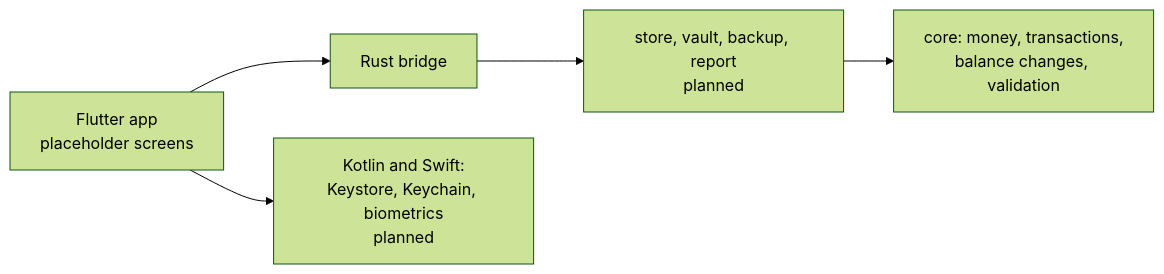
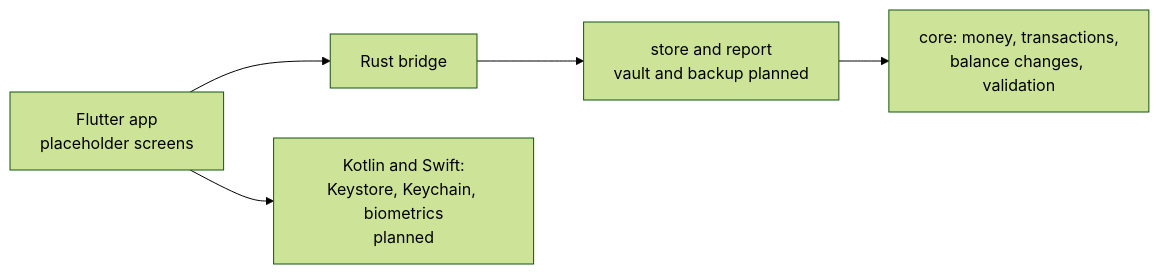
One commit to jabbott-iii/DenariiDolor changed the diagram in README.md. Above: the diagram before and after it, drawn with Mermaid (forest theme). The commit also changed other lines of this file and 38 other files, not shown here.

````diff
--- a/README.md
+++ b/README.md
@@ -179,5 +179,5 @@
 ```mermaid
 flowchart LR
-    UI[Flutter app<br/>placeholder screens] --> BR[Rust bridge] --> ST[store, vault, backup, report<br/>planned] --> CO[core: money, transactions,<br/>balance changes, validation]
+    UI[Flutter app<br/>placeholder screens] --> BR[Rust bridge] --> ST[store and report<br/>vault and backup planned] --> CO[core: money, transactions,<br/>balance changes, validation]
     UI --> PL[Kotlin and Swift:<br/>Keystore, Keychain, biometrics<br/>planned]
 ```
````
